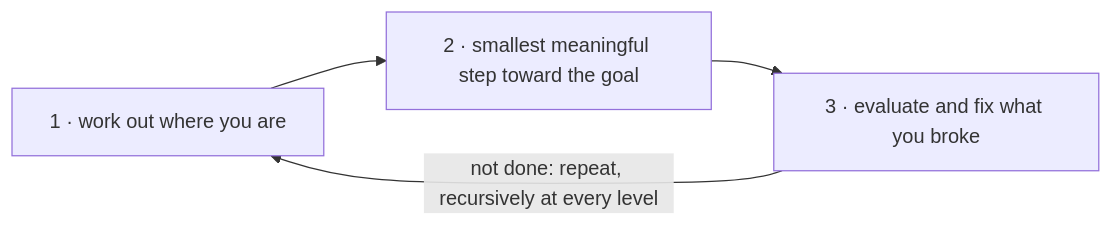
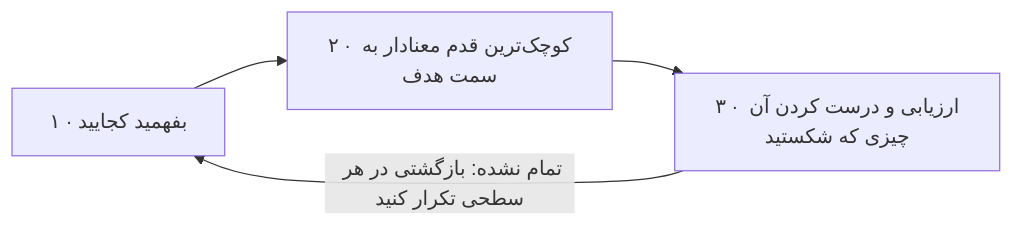
The diagram in books/the-pragmatic-programmer/chapters/08-before-the-project.md (AlirezaHanifi/knowledge-vault), drawn with Mermaid before and after one commit. The commit also changed other lines of this file and 49 other files, not shown here.

````diff
--- a/books/the-pragmatic-programmer/chapters/08-before-the-project.md
+++ b/books/the-pragmatic-programmer/chapters/08-before-the-project.md
@@ -131,5 +139,5 @@
 ```mermaid
 flowchart LR
-    A["1 · work out where you are"] --> B["2 · smallest meaningful step toward the goal"] --> C["3 · evaluate and fix what you broke"]
-    C -->|"not done: repeat, recursively at every level"| A
+    A["۱ · بفهمید کجایید"] --> B["۲ · کوچک‌ترین قدم معنادار به سمت هدف"] --> C["۳ · ارزیابی و درست کردن آن چیزی که شکستید"]
+    C -->|"تمام نشده: بازگشتی در هر سطحی تکرار کنید"| A
 ```
````
